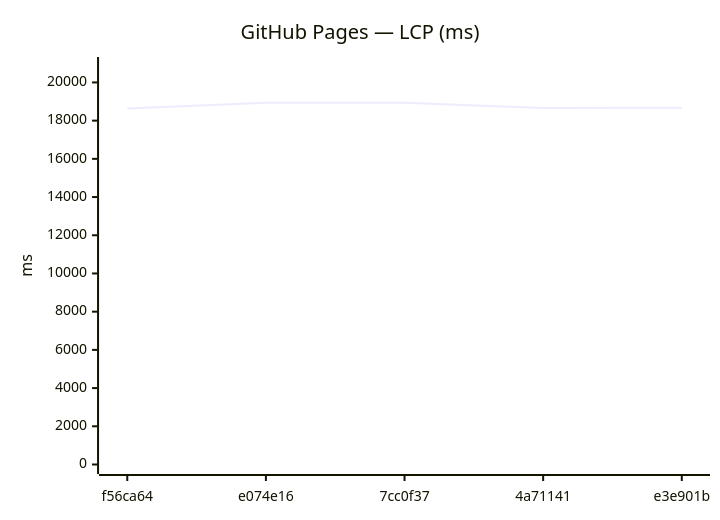
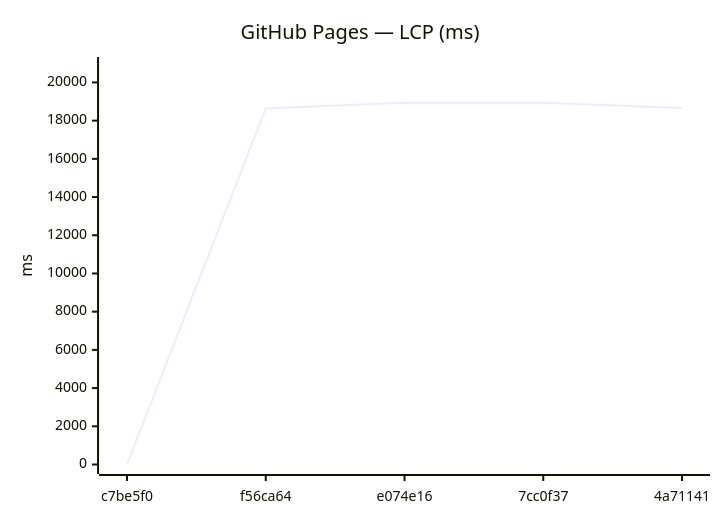
One commit to Metaheurist/Rianell changed the ninth of 18 diagrams in benchmarks/compare.md. Above: the diagram before and after it, drawn with Mermaid. The commit also changed other lines of this file and 11 other files, not shown here.

````diff
--- a/benchmarks/compare.md
+++ b/benchmarks/compare.md
@@ -142,7 +142,7 @@
 ```mermaid
 xychart-beta
     title "GitHub Pages — LCP (ms)"
-    x-axis ["f56ca64", "e074e16", "7cc0f37", "4a71141", "e3e901b"]
+    x-axis ["c7be5f0", "f56ca64", "e074e16", "7cc0f37", "4a71141"]
     y-axis "ms" 0 --> 20834
-    line [18641, 18940, 18936, 18660, 18674]
+    line [0, 18641, 18940, 18936, 18660]
 ```
````
